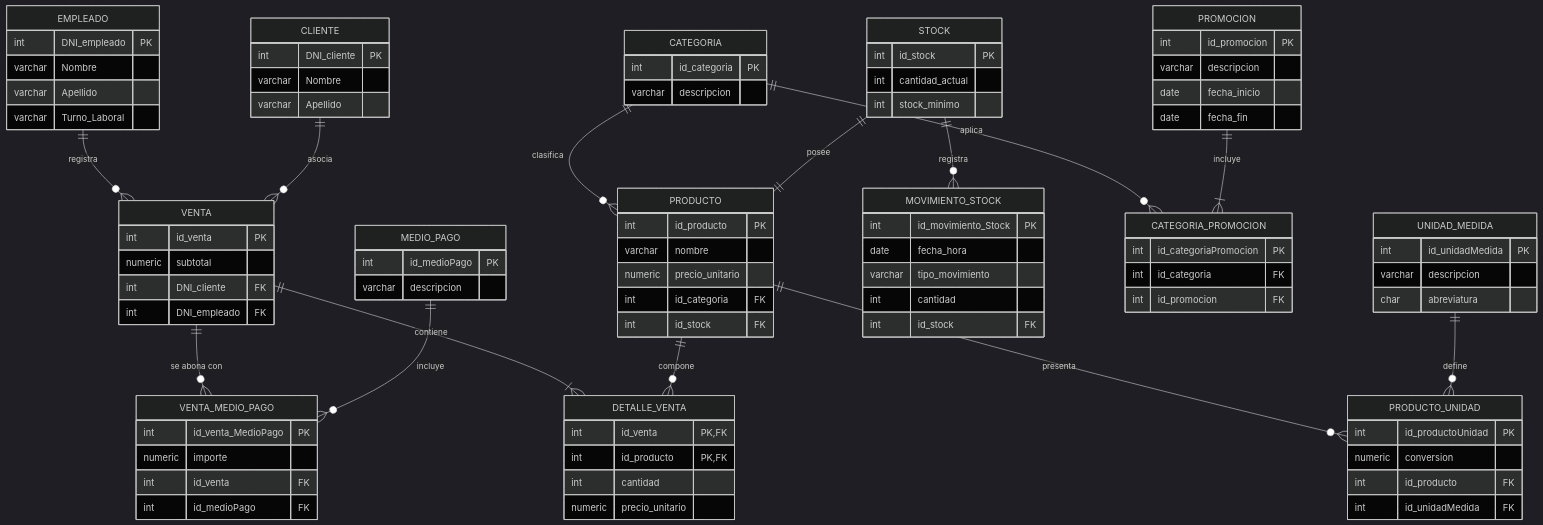
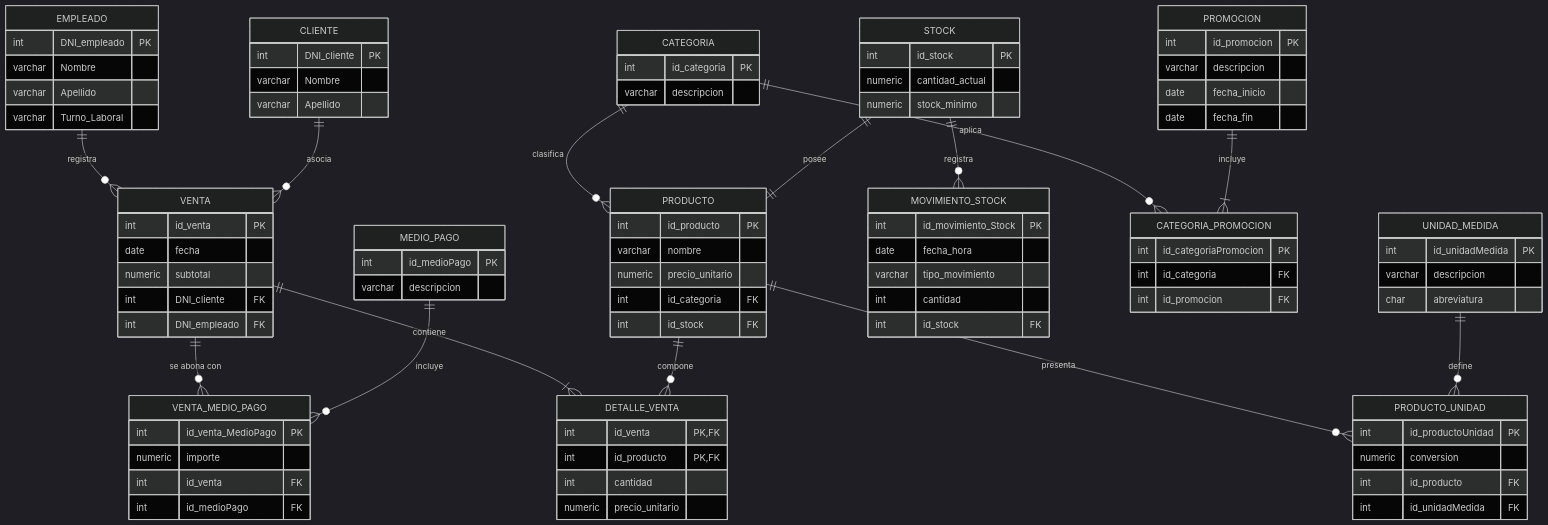
One commit to sofinazaret6-gif/proyecto-bd1-equipo-29 changed the second of 3 diagrams in README.md. Above: the diagram before and after it, drawn with Mermaid (dark theme). The commit also changed other lines of this file, not shown here.

```diff
--- a/README.md
+++ b/README.md
@@ -208,6 +231,7 @@
 
     VENTA {
         int id_venta PK
+        date fecha
         numeric subtotal
         int DNI_cliente FK
         int DNI_empleado FK
@@ -247,8 +271,8 @@
 
     STOCK {
         int id_stock PK
-        int cantidad_actual
-        int stock_minimo
+        numeric cantidad_actual
+        numeric stock_minimo
     }
 
     MOVIMIENTO_STOCK {
```
